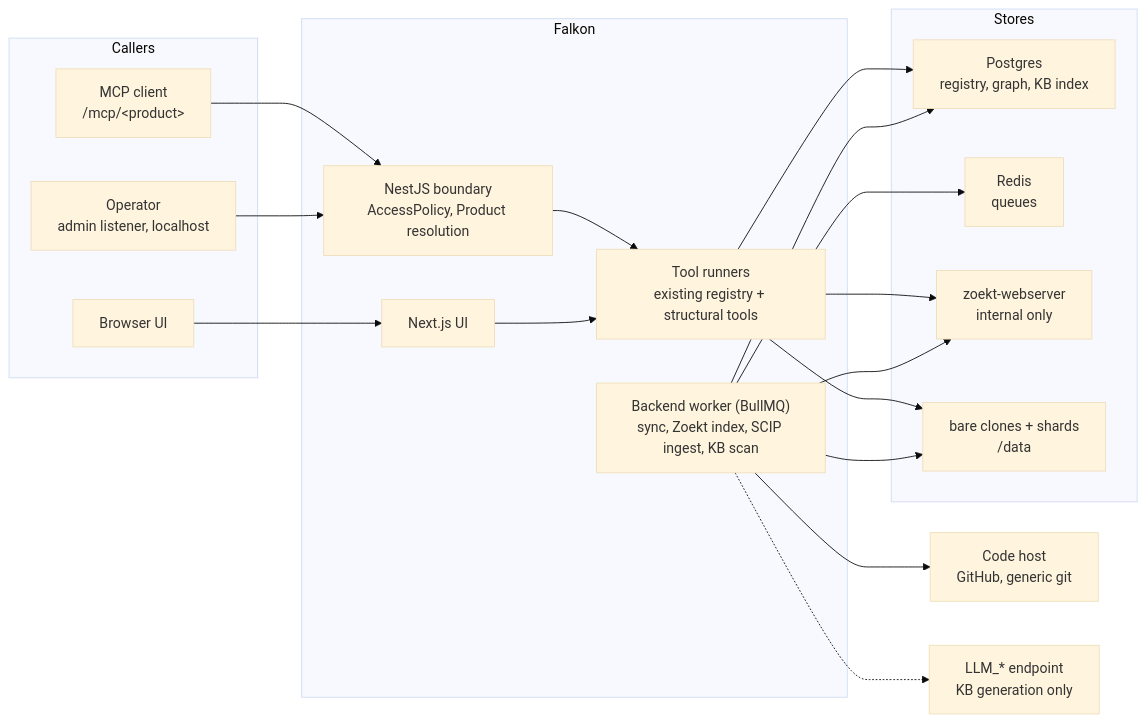
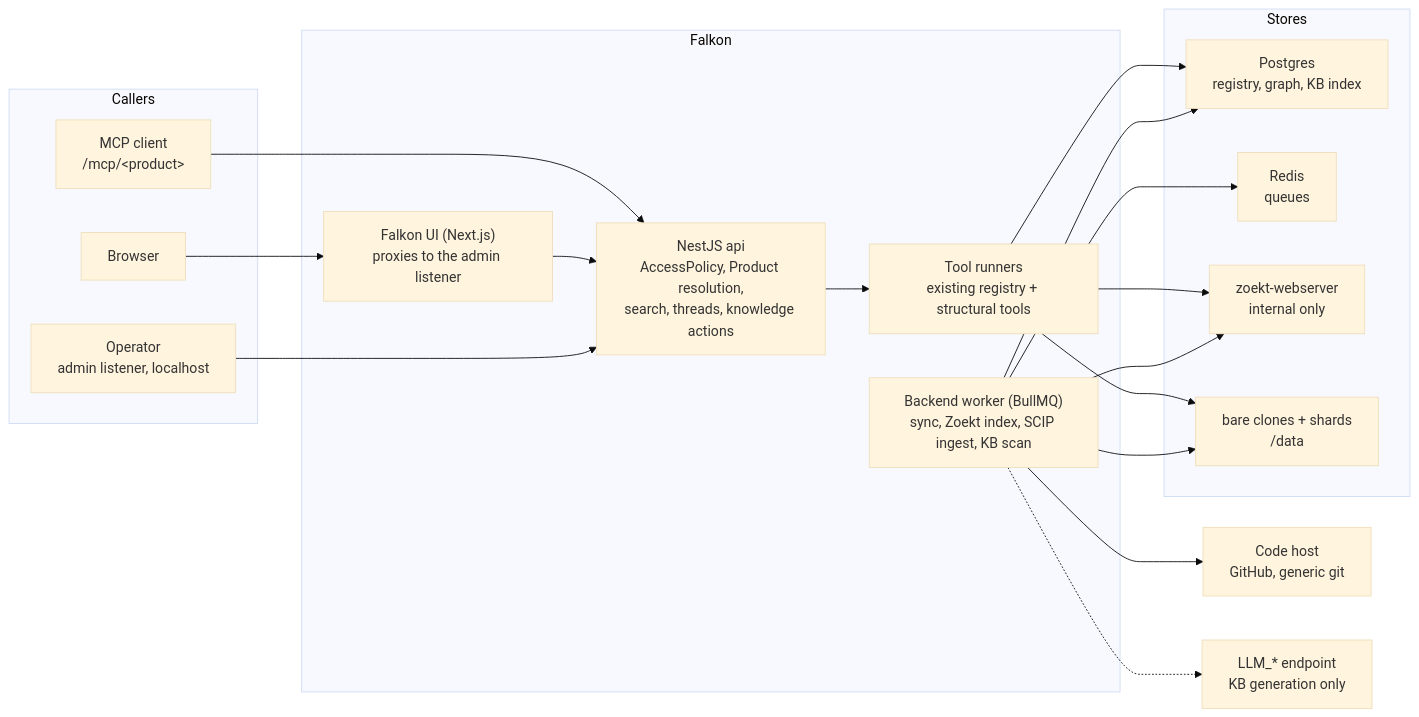
Before and after one commit to 0xaeres/falkon: the first of 2 diagrams in docs/adr/0001-falkon-architecture.md, drawn with Mermaid (base theme). The commit also changed other lines of this file and 40 other files, not shown here.

````diff
--- a/docs/adr/0001-falkon-architecture.md
+++ b/docs/adr/0001-falkon-architecture.md
@@ -102,32 +102,32 @@
 ```mermaid
 flowchart LR
   subgraph Callers
     A["MCP client<br/>/mcp/&lt;product&gt;"]
-    U["Browser UI"]
+    U["Browser"]
     OP["Operator<br/>admin listener, localhost"]
   end
 
   subgraph Falkon
-    N["NestJS boundary<br/>AccessPolicy, Product resolution"]
+    N["NestJS api<br/>AccessPolicy, Product resolution,<br/>search, threads, knowledge actions"]
     T["Tool runners<br/>existing registry + structural tools"]
-    W["Next.js UI"]
+    W["Falkon UI (Next.js)<br/>proxies to the admin listener"]
     B["Backend worker (BullMQ)<br/>sync, Zoekt index, SCIP ingest, KB scan"]
   end
 
   subgraph Stores
     PG["Postgres<br/>registry, graph, KB index"]
     RD["Redis<br/>queues"]
     ZK["zoekt-webserver<br/>internal only"]
     GIT["bare clones + shards<br/>/data"]
   end
 
   CH["Code host<br/>GitHub, generic git"]
   LLM["LLM_* endpoint<br/>KB generation only"]
 
   A --> N --> T
-  U --> W --> T
+  U --> W --> N
   OP --> N
   T --> ZK & GIT & PG
   B --> CH & GIT & PG & RD & ZK
   B -.-> LLM
 ```
````
